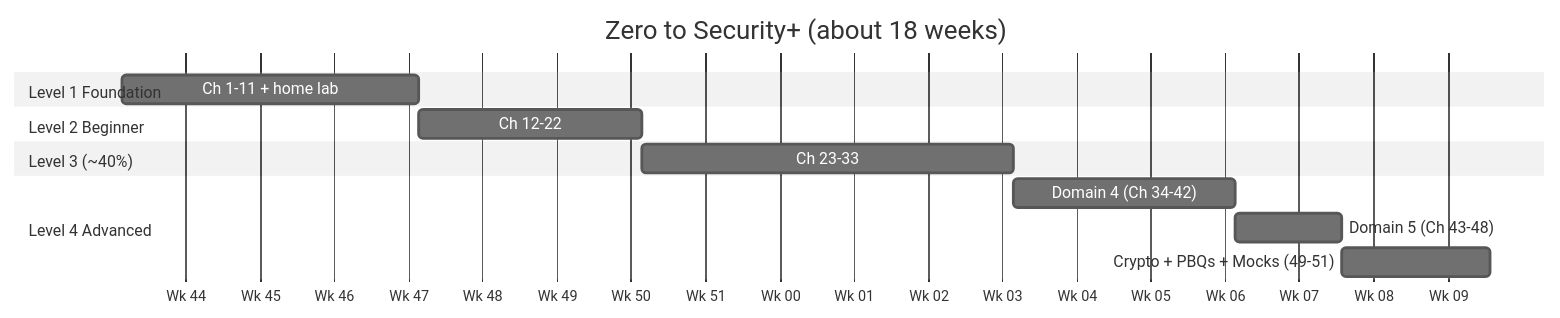
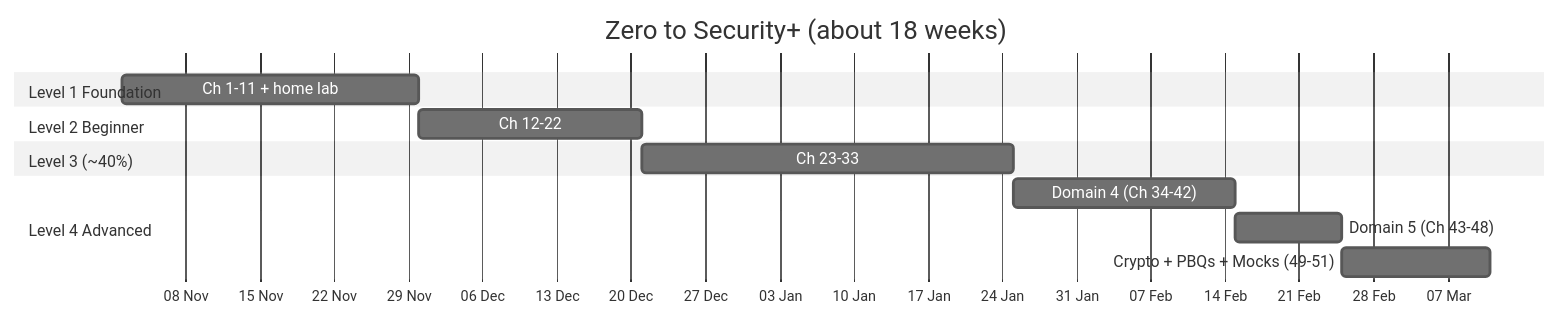
Before and after one commit to mini-gumgumnomi/cybron: the second of 2 diagrams in BOOK_PLAN.md, drawn with Mermaid (neutral theme). The commit also changed other lines of this file and 13 other files, not shown here.

````diff
--- a/BOOK_PLAN.md
+++ b/BOOK_PLAN.md
@@ -402,16 +400,16 @@
 ```mermaid
 gantt
     title Zero to Security+ (about 18 weeks)
     dateFormat  YYYY-MM-DD
-    axisFormat  Wk %W
+    axisFormat  %d %b
     section Level 1 Foundation
     Ch 1-11 + home lab          :l1, 2026-11-02, 28d
     section Level 2 Beginner
     Ch 12-22                    :l2, after l1, 21d
     section Level 3 (~40%)
     Ch 23-33                    :l3, after l2, 35d
     section Level 4 Advanced
     Domain 4 (Ch 34-42)         :l4a, after l3, 21d
     Domain 5 (Ch 43-48)         :l4b, after l4a, 10d
     Crypto + PBQs + Mocks (49-51) :l4c, after l4b, 14d
 ```
````
